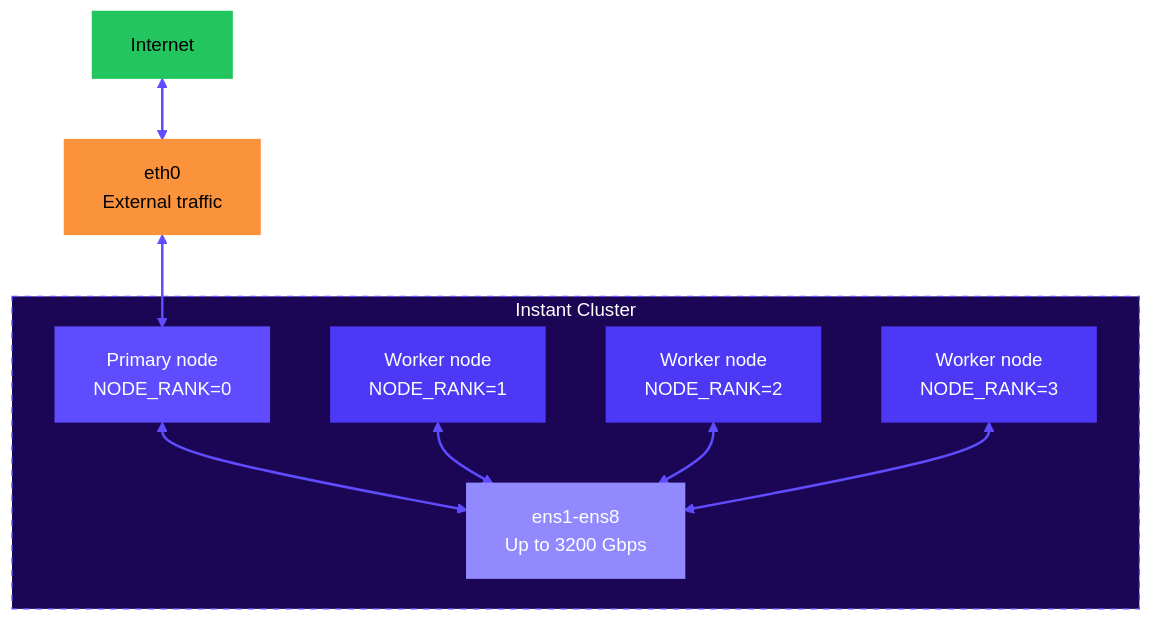
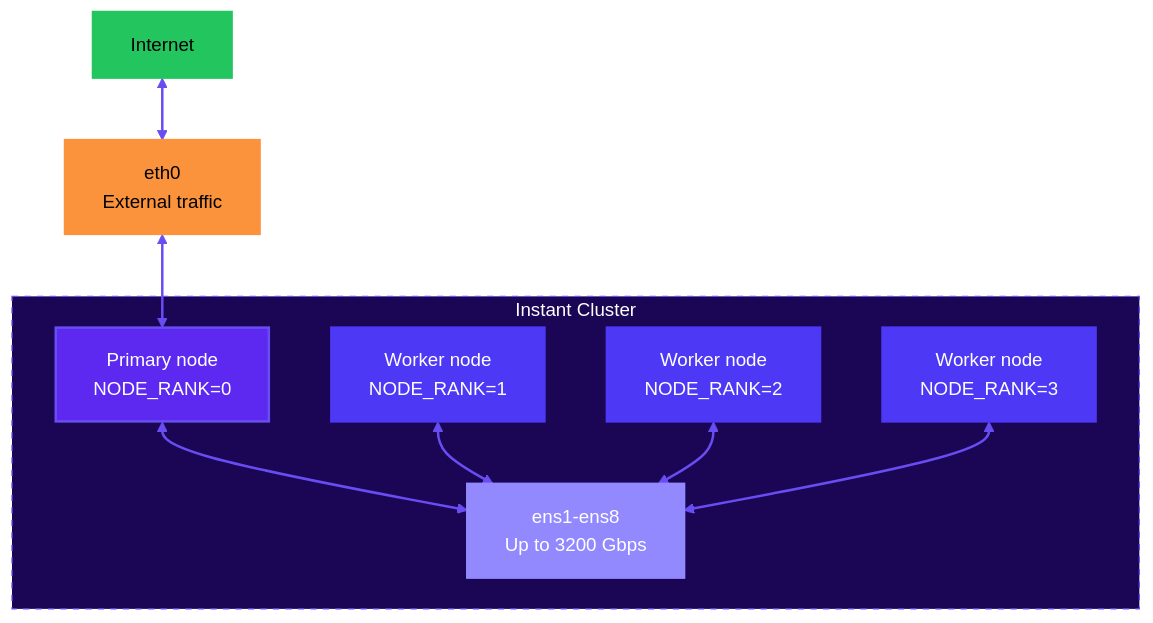
One commit to runpod/docs changed the diagram in instant-clusters.mdx. Above: the diagram before and after it, drawn with Mermaid. The commit also changed 9 other files, not shown here.

First line of the commit message:
fix: use canon purples in Mermaid diagrams

````diff
--- a/instant-clusters.mdx
+++ b/instant-clusters.mdx
@@ -43,34 +43,34 @@
 ```mermaid
-%%{init: {'theme':'base', 'themeVariables': { 'primaryColor':'#9289FE','primaryTextColor':'#fff','primaryBorderColor':'#9289FE','lineColor':'#5F4CFE','secondaryColor':'#AE6DFF','tertiaryColor':'#FCB1FF','edgeLabelBackground':'#5F4CFE', 'fontSize':'15px','fontFamily':'font-inter'}}}%%
+%%{init: {'theme':'base', 'themeVariables': { 'primaryColor':'#9289FE','primaryTextColor':'#fff','primaryBorderColor':'#9289FE','lineColor':'#684DF3','secondaryColor':'#AE6DFF','tertiaryColor':'#FCB1FF','edgeLabelBackground':'#5D29F0', 'fontSize':'15px','fontFamily':'font-inter'}}}%%
 
 flowchart TD
     internet["Internet"]
     eth0["eth0<br/>External traffic"]
 
     internet <--> eth0
     eth0 <--> primary
 
     subgraph cluster["Instant Cluster"]
         primary["Primary node<br/>NODE_RANK=0"]
         node1["Worker node<br/>NODE_RANK=1"]
         node2["Worker node<br/>NODE_RANK=2"]
         node3["Worker node<br/>NODE_RANK=3"]
         ens["ens1-ens8<br/>Up to 3200 Gbps"]
 
         primary <--> ens
         node1 <--> ens
         node2 <--> ens
         node3 <--> ens
     end
 
-    style primary fill:#5F4CFE,stroke:#5F4CFE,color:#FFFFFF,stroke-width:2px
+    style primary fill:#5D29F0,stroke:#684DF3,color:#FFFFFF,stroke-width:2px
     style node1 fill:#4D38F5,stroke:#4D38F5,color:#FFFFFF,stroke-width:2px
     style node2 fill:#4D38F5,stroke:#4D38F5,color:#FFFFFF,stroke-width:2px
     style node3 fill:#4D38F5,stroke:#4D38F5,color:#FFFFFF,stroke-width:2px
     style internet fill:#22C55E,stroke:#22C55E,color:#000000,stroke-width:2px
     style eth0 fill:#fb923c,stroke:#fb923c,color:#000000,stroke-width:2px
     style ens fill:#9289FE,stroke:#9289FE,color:#FFFFFF,stroke-width:2px
-    style cluster fill:#1B0656,stroke:#5F4CFE,color:#FFFFFF,stroke-dasharray: 5 5
+    style cluster fill:#1B0656,stroke:#684DF3,color:#FFFFFF,stroke-dasharray: 5 5
 
-    linkStyle default stroke-width:2px,stroke:#5F4CFE
+    linkStyle default stroke-width:2px,stroke:#684DF3
 ```
````
